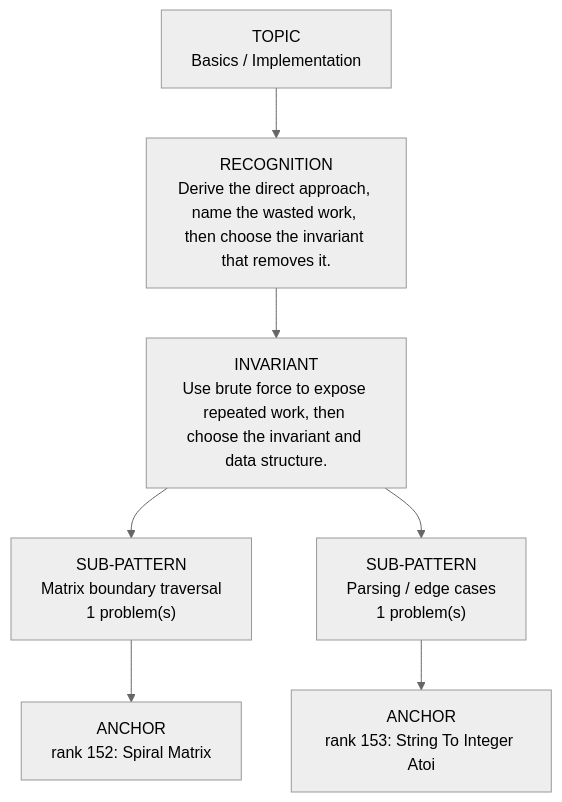
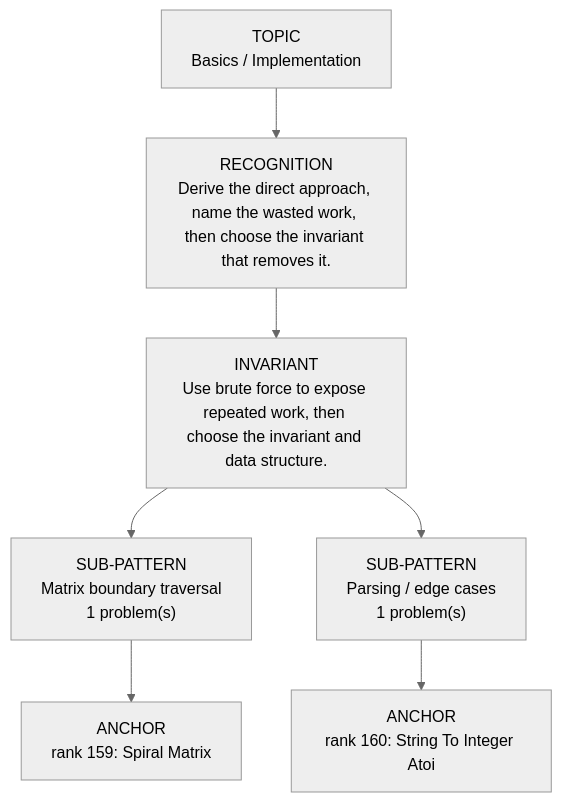
One commit to thechiranjeevjain/DSA10days changed the diagram in dsa-review/interview/patterns/21_core_basics.md. Above: the diagram before and after it, drawn with Mermaid (neutral theme). The commit also changed other lines of this file and 61 other files, not shown here.

````diff
--- a/dsa-review/interview/patterns/21_core_basics.md
+++ b/dsa-review/interview/patterns/21_core_basics.md
@@ -15,11 +15,11 @@
 ```mermaid
 flowchart TD
   Topic["TOPIC<br/>Basics / Implementation"]
   Recognition["RECOGNITION<br/>Derive the direct approach, name the wasted work, then choose the invariant that removes it."]
   Invariant["INVARIANT<br/>Use brute force to expose repeated work, then choose the invariant and data structure."]
   Topic --> Recognition --> Invariant
   Invariant --> Sub01["SUB-PATTERN<br/>Matrix boundary traversal<br/>1 problem(s)"]
-  Sub01 --> Sub01A01["ANCHOR<br/>rank 152: Spiral Matrix"]
+  Sub01 --> Sub01A01["ANCHOR<br/>rank 159: Spiral Matrix"]
   Invariant --> Sub02["SUB-PATTERN<br/>Parsing / edge cases<br/>1 problem(s)"]
-  Sub02 --> Sub02A01["ANCHOR<br/>rank 153: String To Integer Atoi"]
+  Sub02 --> Sub02A01["ANCHOR<br/>rank 160: String To Integer Atoi"]
 ```
````
